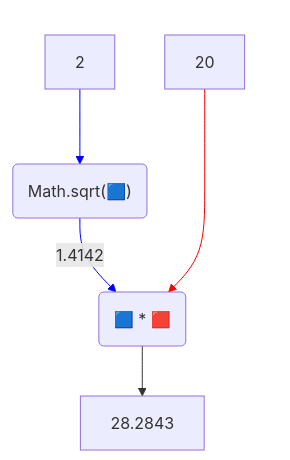
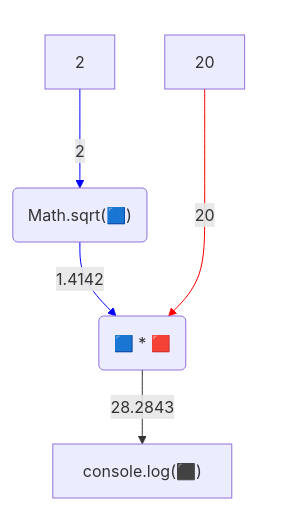
Before and after one commit to EugeneLoy/javascript-handbook: the diagram in Практичне завдання - діагональ коробки.md, drawn with Mermaid. The commit also changed other lines of this file and 3 other files, not shown here.

Commit message:
updated charts

````diff
--- a/Практичне завдання - діагональ коробки.md
+++ b/Практичне завдання - діагональ коробки.md
@@ -10,21 +10,21 @@
 ```mermaid
 flowchart TD
     subgraph VALUES[" "]
       V1[2]
       V2[20]
     end
 
-    O1("Math.sqrt(🟦)")
-    O2(🟦 * 🟥)
-    R1[28.2843]
+    E1("Math.sqrt(🟦)")
+    E2(🟦 * 🟥)
+    E3["console.log(⬛)"]
 
-    V1 --> O1
-    O1 -->|1.4142| O2
-    V2 --> O2
-    O2 --> R1
+    V1 -->|2| E1
+    E1 -->|1.4142| E2
+    V2 -->|20| E2
+    E2 -->|28.2843| E3
 
 style VALUES stroke:none, fill:none
 linkStyle 0 stroke:blue
 linkStyle 1 stroke:blue
 linkStyle 2 stroke:red
 ```
````
